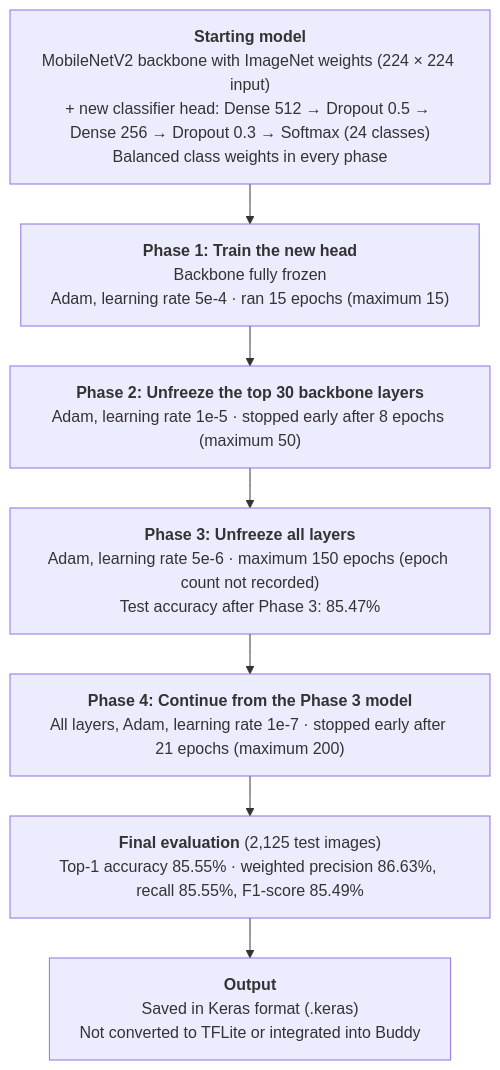
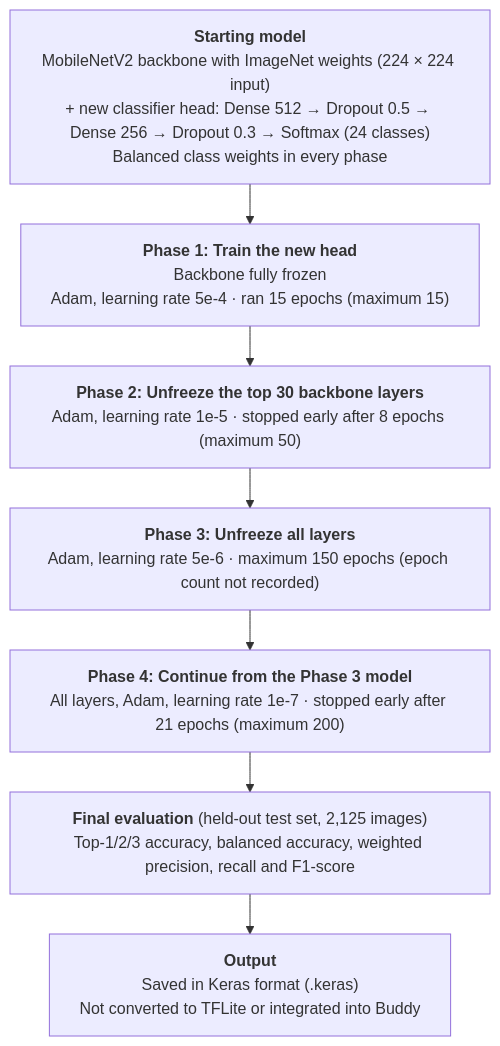
Before and after one commit to ciellamher/easylens: the first of 3 diagrams in docs/figures/07_chapter_4_training_and_cicd.md, drawn with Mermaid. The commit also changed other lines of this file and 3 other files, not shown here.

````diff
--- a/docs/figures/07_chapter_4_training_and_cicd.md
+++ b/docs/figures/07_chapter_4_training_and_cicd.md
@@ -25,19 +25,19 @@
 ```mermaid
 %%{init: {"flowchart": {"wrappingWidth": 420, "nodeSpacing": 30, "rankSpacing": 40}}}%%
 flowchart TD
     BASE["<b>Starting model</b><br/>MobileNetV2 backbone with ImageNet weights (224 × 224 input)<br/>+ new classifier head: Dense 512 → Dropout 0.5 → Dense 256 → Dropout 0.3 → Softmax (24 classes)<br/>Balanced class weights in every phase"]
 
     P1["<b>Phase 1: Train the new head</b><br/>Backbone fully frozen<br/>Adam, learning rate 5e-4 · ran 15 epochs (maximum 15)"]
 
     P2["<b>Phase 2: Unfreeze the top 30 backbone layers</b><br/>Adam, learning rate 1e-5 · stopped early after 8 epochs (maximum 50)"]
 
-    P3["<b>Phase 3: Unfreeze all layers</b><br/>Adam, learning rate 5e-6 · maximum 150 epochs (epoch count not recorded)<br/>Test accuracy after Phase 3: 85.47%"]
+    P3["<b>Phase 3: Unfreeze all layers</b><br/>Adam, learning rate 5e-6 · maximum 150 epochs (epoch count not recorded)"]
 
     P4["<b>Phase 4: Continue from the Phase 3 model</b><br/>All layers, Adam, learning rate 1e-7 · stopped early after 21 epochs (maximum 200)"]
 
-    EVAL["<b>Final evaluation</b> (2,125 test images)<br/>Top-1 accuracy 85.55% · weighted precision 86.63%, recall 85.55%, F1-score 85.49%"]
+    EVAL["<b>Final evaluation</b> (held-out test set, 2,125 images)<br/>Top-1/2/3 accuracy, balanced accuracy, weighted precision, recall and F1-score"]
 
     SAVE["<b>Output</b><br/>Saved in Keras format (.keras)<br/>Not converted to TFLite or integrated into Buddy"]
 
     BASE --> P1 --> P2 --> P3 --> P4 --> EVAL --> SAVE
 ```
````
